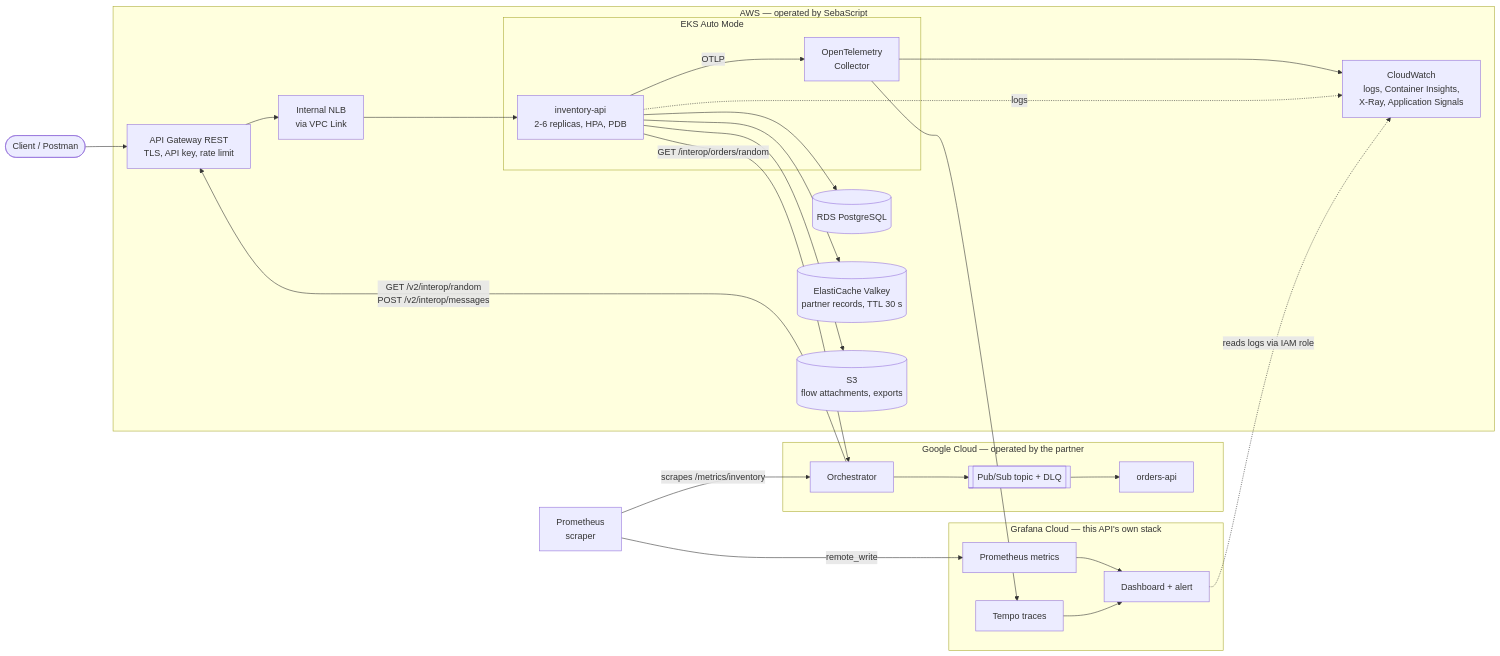
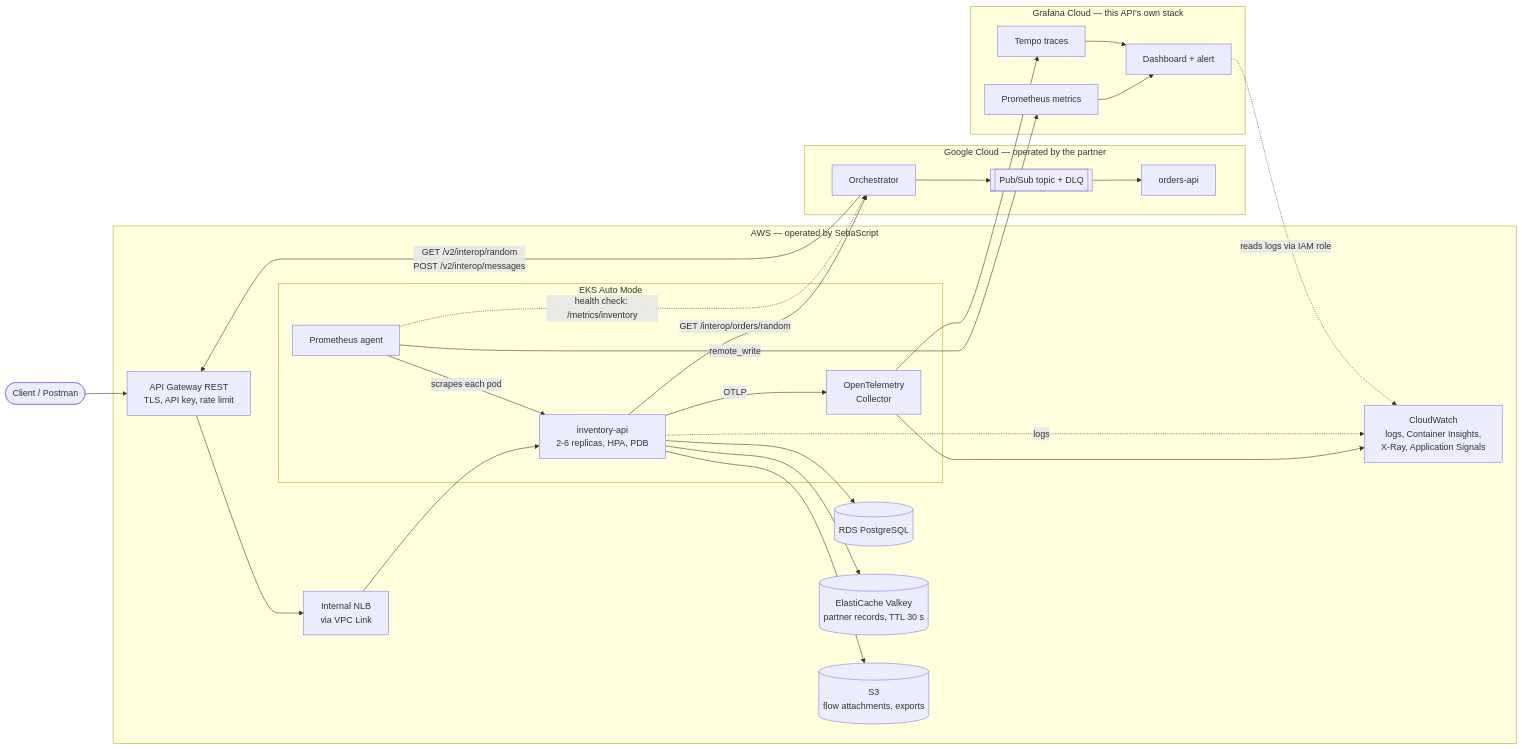
Before and after one commit to SebaScript/inventory-api-v2: the diagram in README.md, drawn with Mermaid. The commit also changed 1 other file, not shown here.

Commit message:
📝 docs: describe the in-cluster prometheus

````diff
--- a/README.md
+++ b/README.md
@@ -33,45 +33,45 @@
 ```mermaid
 flowchart LR
   client([Client / Postman])
 
   subgraph AWS["AWS &mdash; operated by SebaScript"]
     gw[API Gateway REST<br/>TLS, API key, rate limit]
     nlb[Internal NLB<br/>via VPC Link]
     subgraph eks["EKS Auto Mode"]
       pods[inventory-api<br/>2-6 replicas, HPA, PDB]
       otel[OpenTelemetry<br/>Collector]
+      prom[Prometheus agent]
     end
     rds[(RDS PostgreSQL)]
     cache[(ElastiCache Valkey<br/>partner records, TTL 30 s)]
     s3[(S3<br/>flow attachments, exports)]
     cw[CloudWatch<br/>logs, Container Insights,<br/>X-Ray, Application Signals]
   end
 
   subgraph GCP["Google Cloud &mdash; operated by the partner"]
     orch[Orchestrator]
     queue[["Pub/Sub topic + DLQ"]]
     orders[orders-api]
   end
 
   subgraph GC["Grafana Cloud &mdash; this API's own stack"]
     mimir[Prometheus metrics]
     tempo[Tempo traces]
     dash[Dashboard + alert]
   end
 
-  prom[Prometheus<br/>scraper]
-
   client --> gw --> nlb --> pods
   pods --> rds & cache & s3
   pods -- "GET /interop/orders/random" --> orch
   orch -- "GET /v2/interop/random<br/>POST /v2/interop/messages" --> gw
   orch --> queue --> orders
   pods -- OTLP --> otel
   otel --> cw
   otel --> tempo
   pods -. logs .-> cw
-  prom -- "scrapes /metrics/inventory" --> orch
+  prom -- "scrapes each pod" --> pods
+  prom -. "health check: /metrics/inventory" .-> orch
   prom -- remote_write --> mimir
   mimir & tempo --> dash
   dash -. "reads logs via IAM role" .-> cw
 ```
````
